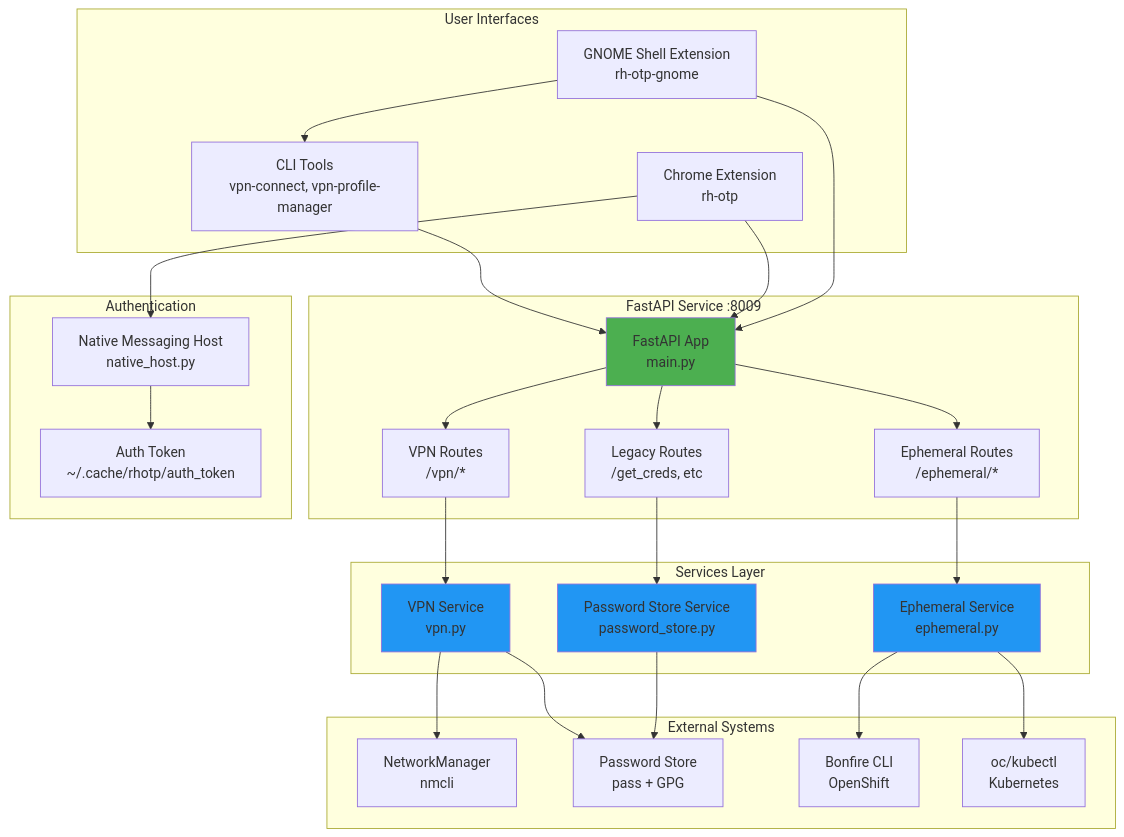
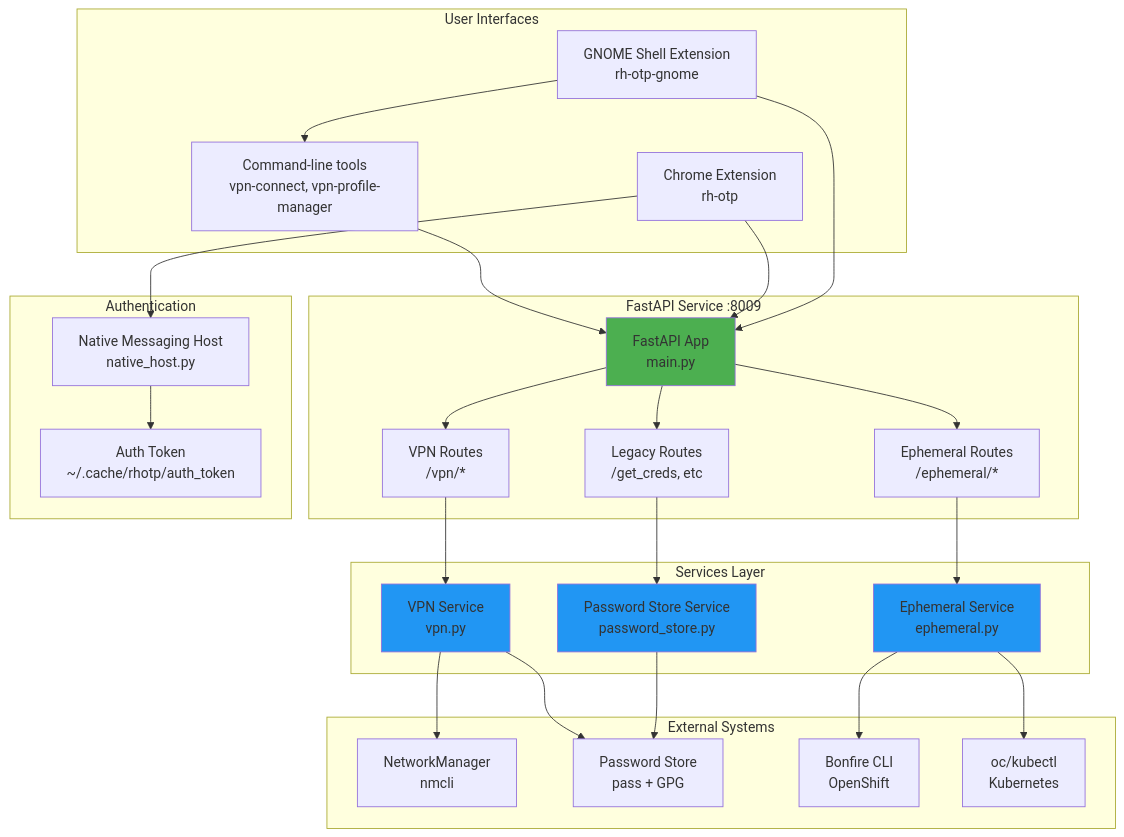
One commit to dmzoneill/rh-otp-auto-connect changed the first of 11 diagrams in docs/ARCHITECTURE.md. Above: the diagram before and after it, drawn with Mermaid. The commit also changed other lines of this file and 2 other files, not shown here.

````diff
--- a/docs/ARCHITECTURE.md
+++ b/docs/ARCHITECTURE.md
@@ -5,59 +5,59 @@
 ```mermaid
 graph TB
     subgraph "User Interfaces"
-        CLI[CLI Tools<br/>vpn-connect, vpn-profile-manager]
+        CLI[Command-line tools<br/>vpn-connect, vpn-profile-manager]
         Chrome[Chrome Extension<br/>rh-otp]
         GNOME[GNOME Shell Extension<br/>rh-otp-gnome]
     end
 
     subgraph "FastAPI Service :8009"
         API[FastAPI App<br/>main.py]
         VPNRoutes[VPN Routes<br/>/vpn/*]
         EphemRoutes[Ephemeral Routes<br/>/ephemeral/*]
         LegacyRoutes[Legacy Routes<br/>/get_creds, etc]
     end
 
     subgraph "Services Layer"
         VPNSvc[VPN Service<br/>vpn.py]
         EphSvc[Ephemeral Service<br/>ephemeral.py]
         PassSvc[Password Store Service<br/>password_store.py]
     end
 
     subgraph "External Systems"
         NM[NetworkManager<br/>nmcli]
         Pass[Password Store<br/>pass + GPG]
         Bonfire[Bonfire CLI<br/>OpenShift]
         OC[oc/kubectl<br/>Kubernetes]
     end
 
     subgraph "Authentication"
         Token[Auth Token<br/>~/.cache/rhotp/auth_token]
         Native[Native Messaging Host<br/>native_host.py]
     end
 
     CLI --> API
     Chrome --> Native
     Native --> Token
     Chrome --> API
     GNOME --> API
     GNOME --> CLI
 
     API --> VPNRoutes
     API --> EphemRoutes
     API --> LegacyRoutes
 
     VPNRoutes --> VPNSvc
     EphemRoutes --> EphSvc
     LegacyRoutes --> PassSvc
 
     VPNSvc --> NM
     VPNSvc --> Pass
     EphSvc --> Bonfire
     EphSvc --> OC
     PassSvc --> Pass
 
     style API fill:#4CAF50
     style VPNSvc fill:#2196F3
     style EphSvc fill:#2196F3
     style PassSvc fill:#2196F3
 ```
````
